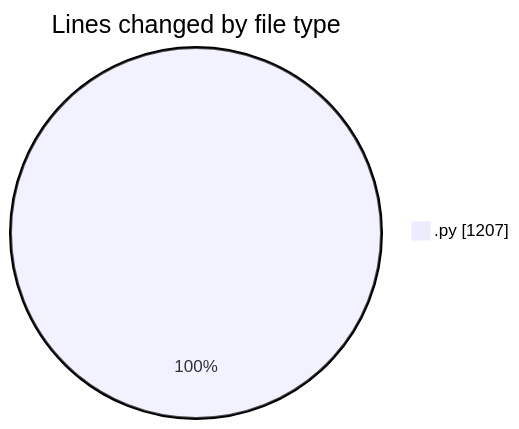
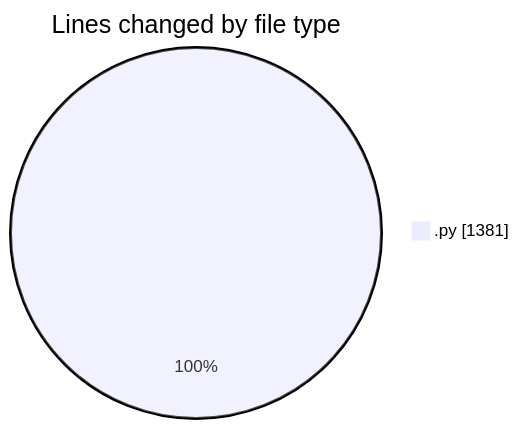
One commit to Ritupan-Deka/code-tracking changed the first of 2 diagrams in 2025-06-29/whiteboard/README.md. Above: the diagram before and after it, drawn with Mermaid. The commit also changed other lines of this file and 1 other file, not shown here.

````diff
--- a/2025-06-29/whiteboard/README.md
+++ b/2025-06-29/whiteboard/README.md
@@ -23,5 +23,5 @@
 ```mermaid
 pie showData
 title Lines changed by file type
-".py" : 1207
+".py" : 1381
 ```
````
